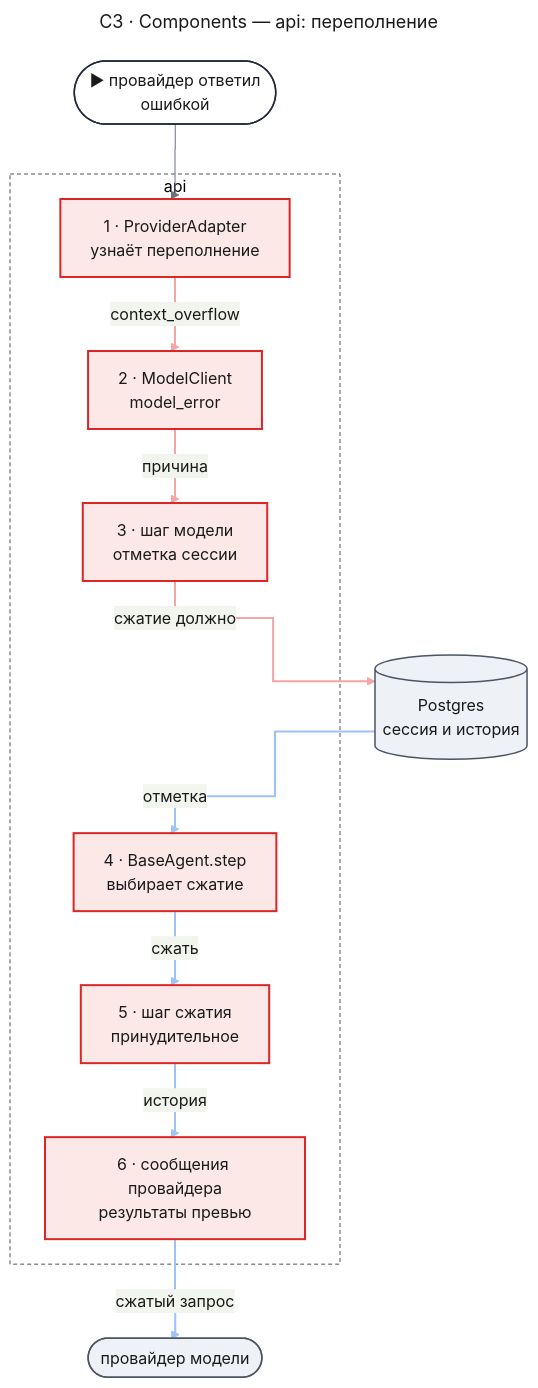
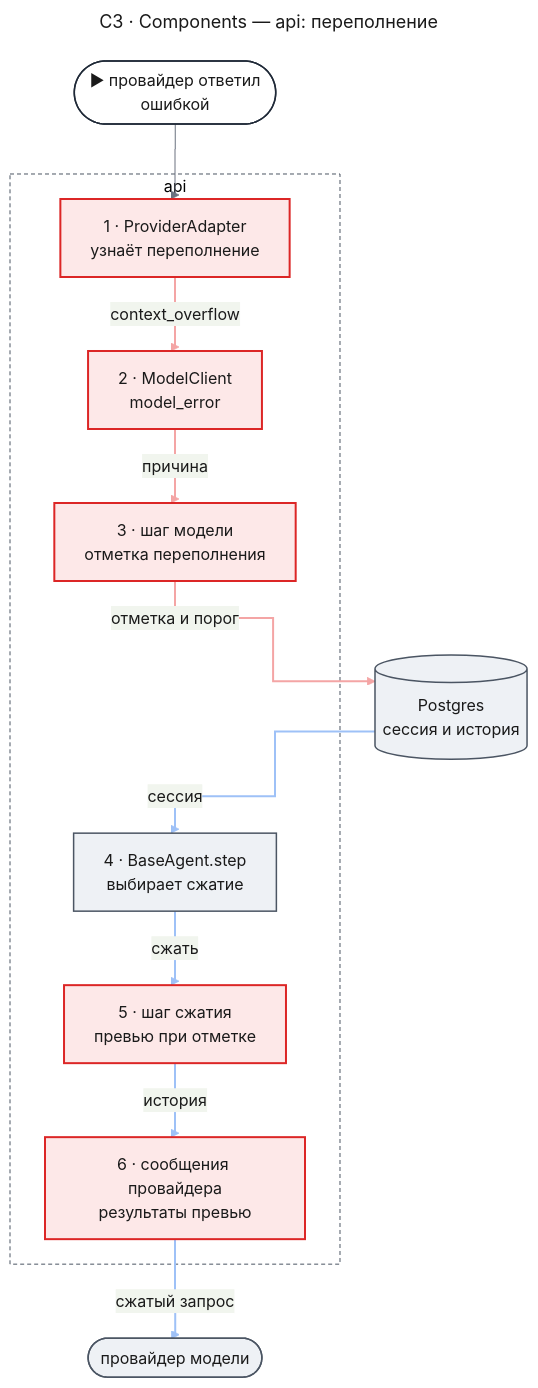
Before and after one commit to tundraray/agent-os: the second of 4 diagrams in docs/features/runtime-fixes/design-steps.md, drawn with Mermaid. The commit also changed other lines of this file and 3 other files, not shown here.

````diff
--- a/docs/features/runtime-fixes/design-steps.md
+++ b/docs/features/runtime-fixes/design-steps.md
@@ -174,61 +174,61 @@
 ```mermaid
 ---
 title: "C3 · Components — api: переполнение"
 config:
   theme: base
   look: classic
   themeVariables:
     primaryColor: "#eef1f5"
     primaryBorderColor: "#4b5563"
     primaryTextColor: "#1a1a1a"
     lineColor: "#6b7280"
   flowchart:
     curve: step
   themeCSS: |
     @keyframes lit_c3b{0%,12.86%{stroke:#991b1b;stroke-width:6px}14.29%,100%{stroke:#f4a5a5;stroke-width:2px}}
     @keyframes litr_c3b{0%,12.86%{stroke:#1d4ed8;stroke-width:6px}14.29%,100%{stroke:#9ec1f7;stroke-width:2px}}
 ---
 flowchart TB
     entry(["▶ провайдер ответил<br/>ошибкой"])
     subgraph api["api"]
         ad["1 · ProviderAdapter<br/>узнаёт переполнение"]
         mc["2 · ModelClient<br/>model_error"]
-        step["3 · шаг модели<br/>отметка сессии"]
+        step["3 · шаг модели<br/>отметка переполнения"]
         base["4 · BaseAgent.step<br/>выбирает сжатие"]
-        comp["5 · шаг сжатия<br/>принудительное"]
+        comp["5 · шаг сжатия<br/>превью при отметке"]
         msgs["6 · сообщения провайдера<br/>результаты превью"]
     end
     db[("Postgres<br/>сессия и история")]
     prov(["провайдер модели"])
     entry --> ad
     ad e1@-->|"context_overflow"| mc
     mc e2@-->|"причина"| step
-    step e3@-->|"сжатие должно"| db
-    db e4@-->|"отметка"| base
+    step e3@-->|"отметка и порог"| db
+    db e4@-->|"сессия"| base
     base e5@-->|"сжать"| comp
     comp e6@-->|"история"| msgs
     msgs e7@-->|"сжатый запрос"| prov
     classDef entry fill:#ffffff,stroke:#1f2937,stroke-width:1.5px,color:#1a1a1a
     classDef changed fill:#fde8e8,stroke:#dc2626,stroke-width:2px,color:#1a1a1a
     classDef new fill:#e6f4ea,stroke:#16a34a,stroke-width:2px,color:#1a1a1a
     classDef unchanged fill:#eef1f5,stroke:#4b5563,stroke-width:1.5px,color:#1a1a1a
     classDef frame fill:none,stroke:#4b5563,stroke-width:1px,stroke-dasharray:4 3
     classDef w1 stroke:#f4a5a5,stroke-width:2px,animation:lit_c3b 8.4s linear 0s infinite
     classDef w2 stroke:#f4a5a5,stroke-width:2px,animation:lit_c3b 8.4s linear 1.2s infinite
     classDef w3 stroke:#f4a5a5,stroke-width:2px,animation:lit_c3b 8.4s linear 2.4s infinite
     classDef r1 stroke:#9ec1f7,stroke-width:2px,animation:litr_c3b 8.4s linear 3.6s infinite
     classDef r2 stroke:#9ec1f7,stroke-width:2px,animation:litr_c3b 8.4s linear 4.8s infinite
     classDef r3 stroke:#9ec1f7,stroke-width:2px,animation:litr_c3b 8.4s linear 6s infinite
     classDef r4 stroke:#9ec1f7,stroke-width:2px,animation:litr_c3b 8.4s linear 7.2s infinite
     class entry entry
-    class ad,mc,step,base,comp,msgs changed
-    class db,prov unchanged
+    class ad,mc,step,comp,msgs changed
+    class base,db,prov unchanged
     class api frame
     class e1 w1
     class e2 w2
     class e3 w3
     class e4 r1
     class e5 r2
     class e6 r3
     class e7 r4
 ```
````
